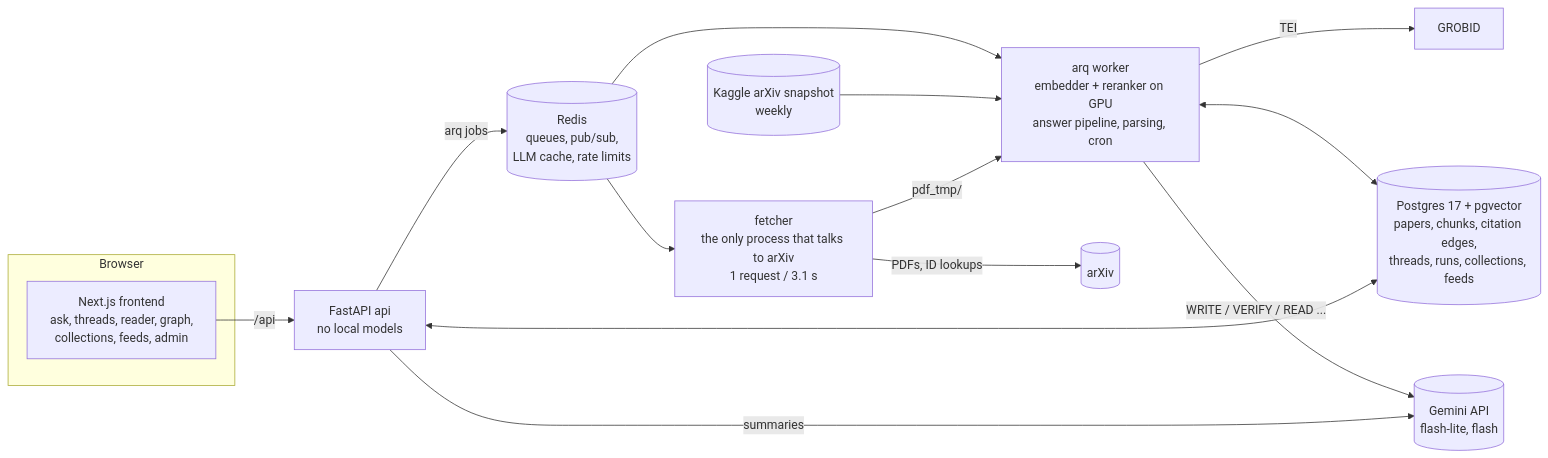
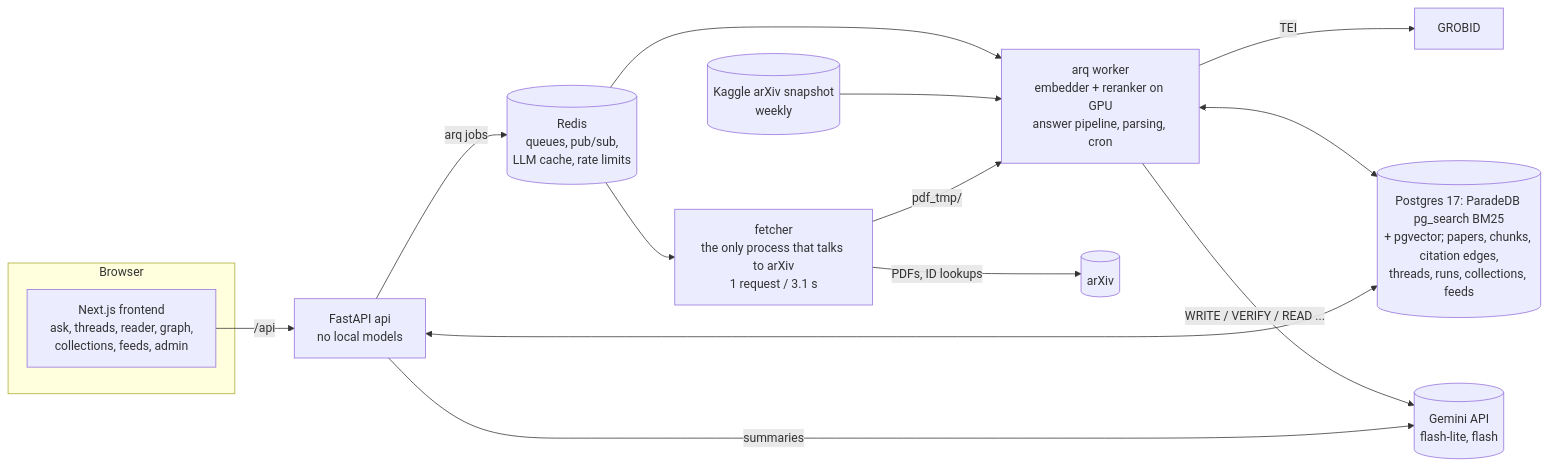
The first of 2 diagrams in README.md (Sounabha07/Research-Paper-Search-Engine), drawn with Mermaid before and after one commit. The commit also changed other lines of this file and 20 other files, not shown here.

````diff
--- a/README.md
+++ b/README.md
@@ -33,18 +35,18 @@
 ```mermaid
 flowchart LR
     subgraph Browser
         UI[Next.js frontend<br/>ask, threads, reader, graph,<br/>collections, feeds, admin]
     end
     UI -- "/api" --> API[FastAPI api<br/>no local models]
     API -- "arq jobs" --> R[(Redis<br/>queues, pub/sub,<br/>LLM cache, rate limits)]
     R --> W[arq worker<br/>embedder + reranker on GPU<br/>answer pipeline, parsing, cron]
     R --> F[fetcher<br/>the only process that talks to arXiv<br/>1 request / 3.1 s]
     F -- "PDFs, ID lookups" --> AX[(arXiv)]
     KG[(Kaggle arXiv snapshot<br/>weekly)] --> W
     F -- "pdf_tmp/" --> W
     W -- "TEI" --> G[GROBID]
-    W <--> PG[(Postgres 17 + pgvector<br/>papers, chunks, citation edges,<br/>threads, runs, collections, feeds)]
+    W <--> PG[(Postgres 17: ParadeDB pg_search BM25<br/>+ pgvector; papers, chunks, citation edges,<br/>threads, runs, collections, feeds)]
     API <--> PG
     W -- "WRITE / VERIFY / READ ..." --> GM[(Gemini API<br/>flash-lite, flash)]
     API -- "summaries" --> GM
 ```
````
